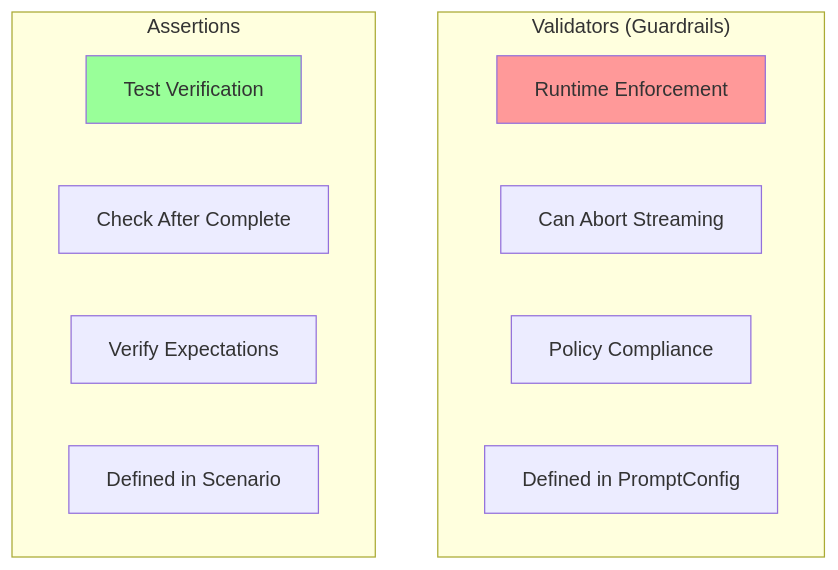
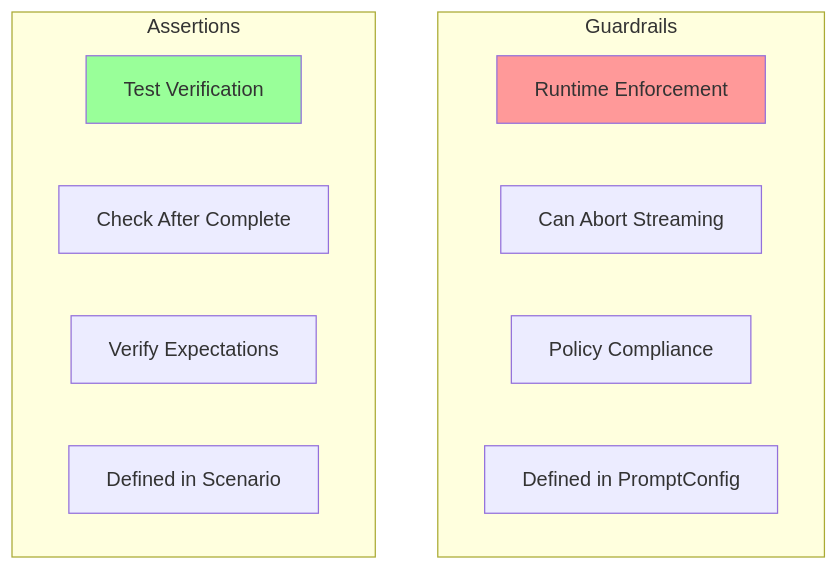
The first of 4 diagrams in docs/src/content/docs/arena/reference/validators.md (AltairaLabs/PromptKit), drawn with Mermaid before and after one commit. The commit also changed other lines of this file and 9 other files, not shown here.

First line of the commit message:
docs: unify assertions/validators/guardrails/evals into single checks reference

````diff
--- a/docs/src/content/docs/arena/reference/validators.md
+++ b/docs/src/content/docs/arena/reference/validators.md
@@ -13,19 +13,19 @@
 ```mermaid
 graph TB
-    subgraph "Validators (Guardrails)"
+    subgraph "Guardrails"
         V1["Runtime Enforcement"]
         V2["Can Abort Streaming"]
         V3["Policy Compliance"]
         V4["Defined in PromptConfig"]
     end
 
     subgraph "Assertions"
         A1["Test Verification"]
         A2["Check After Complete"]
         A3["Verify Expectations"]
         A4["Defined in Scenario"]
     end
 
     style V1 fill:#f99
     style A1 fill:#9f9
 ```
````
